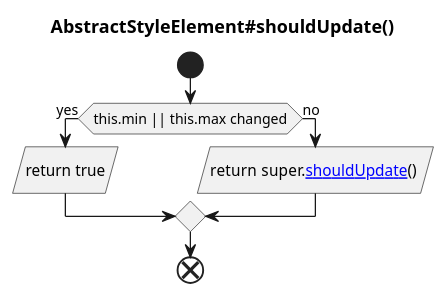
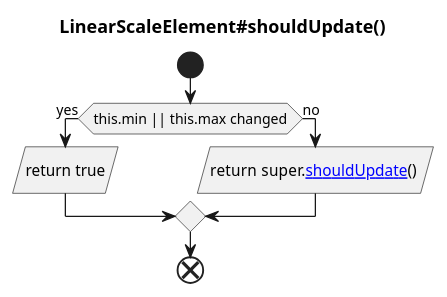
One commit to hdml-github/hdml-github.github.io changed diagram 28 of 32 in puml/renderer.puml. Above: the diagram before and after it, drawn with PlantUML. The commit also changed other lines of this file and 3 other files, not shown here.

```diff
--- a/puml/renderer.puml
+++ b/puml/renderer.puml
@@ -574,11 +600,11 @@
 @startuml LinearScaleElement_shouldUpdate
-  title AbstractStyleElement#shouldUpdate()
+  title LinearScaleElement#shouldUpdate()
 
   start
     if (this.min || this.max changed) then (yes)
       :return true/
     else (no)
       :return super.[[./AbstractStyleElement_shouldUpdate.svg shouldUpdate]]() /
     endif
   end
 @enduml
```
